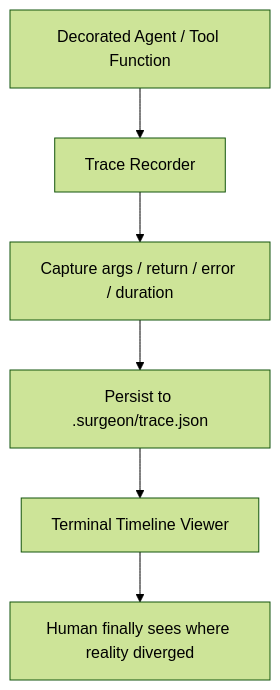
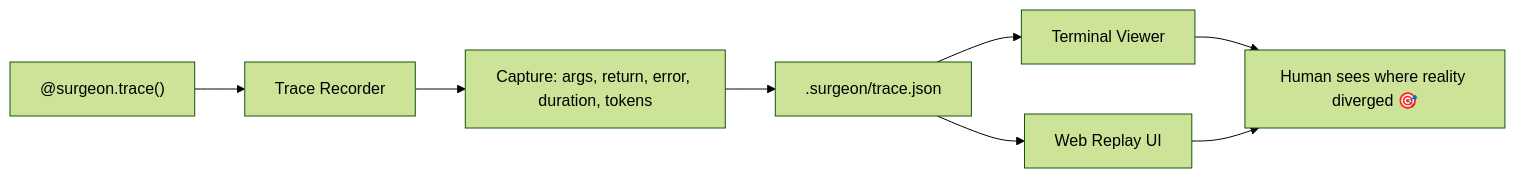
One commit to Yansf677/Agent-Surgeon changed the diagram in README.md. Above: the diagram before and after it, drawn with Mermaid (forest theme). The commit also changed other lines of this file and 8 other files, not shown here.

````diff
--- a/README.md
+++ b/README.md
@@ -89,8 +193,10 @@
 ```mermaid
-flowchart TD
-    A[Decorated Agent / Tool Function] --> B[Trace Recorder]
-    B --> C[Capture args / return / error / duration]
-    C --> D[Persist to .surgeon/trace.json]
-    D --> E[Terminal Timeline Viewer]
-    E --> F[Human finally sees where reality diverged]
+flowchart LR
+    A["@surgeon.trace()"] --> B[Trace Recorder]
+    B --> C[Capture: args, return, error, duration, tokens]
+    C --> D[".surgeon/trace.json"]
+    D --> E[Terminal Viewer]
+    D --> F[Web Replay UI]
+    E --> G["Human sees where reality diverged 🎯"]
+    F --> G
 ```
````
